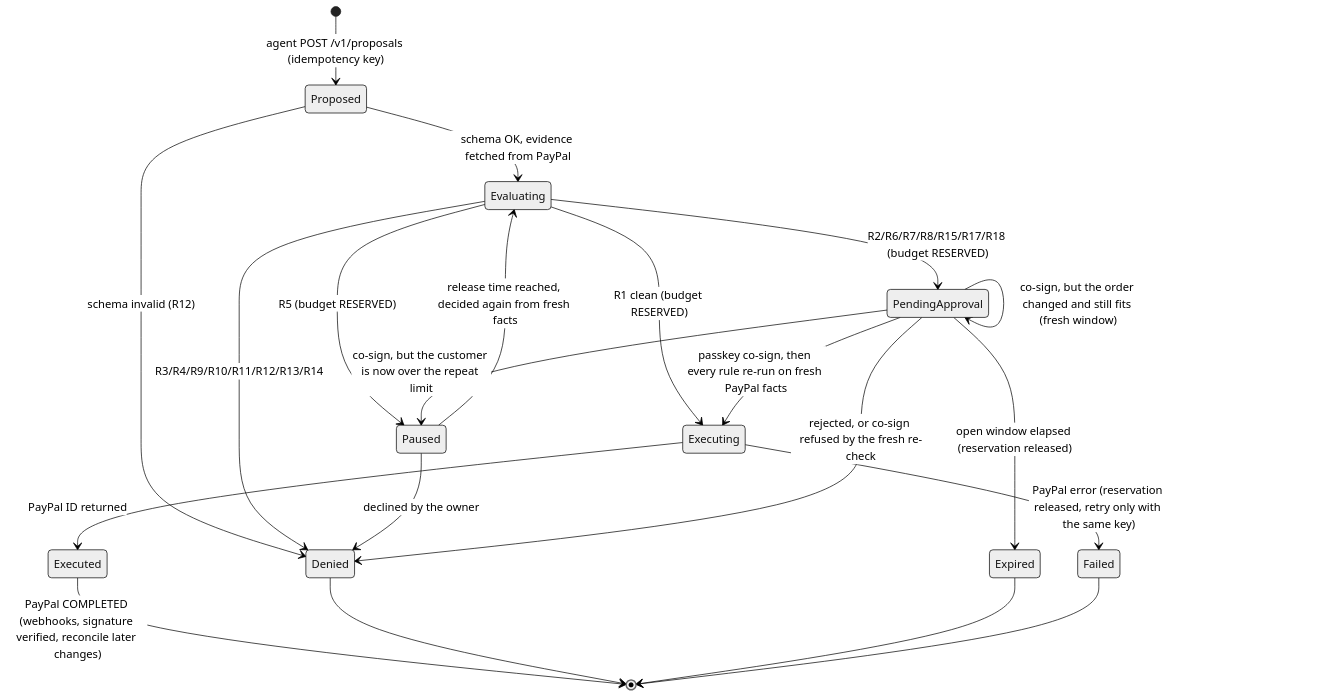
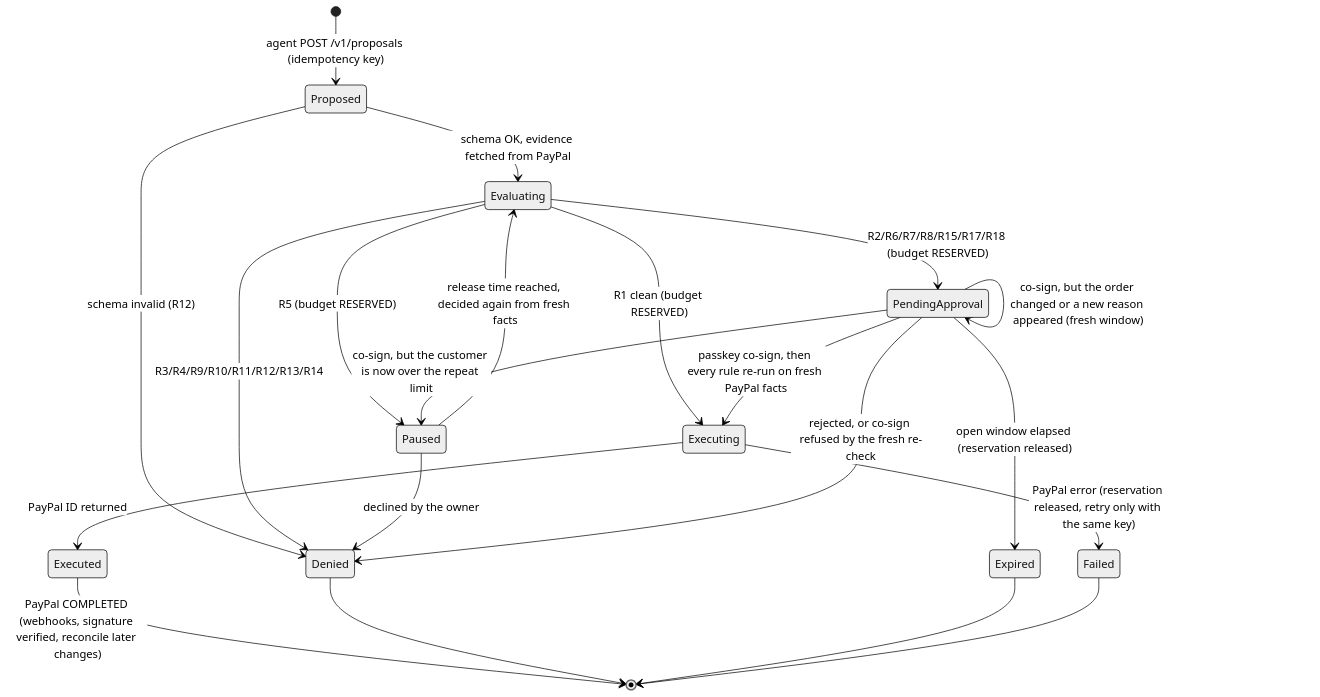
The third of 3 diagrams in docs/ARCHITECTURE.md (VIKAS9793/AgentCoSign), drawn with Mermaid (neutral theme) before and after one commit. The commit also changed other lines of this file and 2 other files, not shown here.

Commit message:
docs: today's controls and counts in the public docs
New reasons at approval, the webhook budget and certificate check, and the current test counts.

````diff
--- a/docs/ARCHITECTURE.md
+++ b/docs/ARCHITECTURE.md
@@ -85,23 +85,23 @@
 ```mermaid
 stateDiagram-v2
     [*] --> Proposed: agent POST /v1/proposals (idempotency key)
     Proposed --> Evaluating: schema OK, evidence fetched from PayPal
     Proposed --> Denied: schema invalid (R12)
     Evaluating --> Denied: R3/R4/R9/R10/R11/R12/R13/R14
     Evaluating --> PendingApproval: R2/R6/R7/R8/R15/R17/R18 (budget RESERVED)
     Evaluating --> Paused: R5 (budget RESERVED)
     Paused --> Evaluating: release time reached, decided again from fresh facts
     Paused --> Denied: declined by the owner
     Evaluating --> Executing: R1 clean (budget RESERVED)
     PendingApproval --> Executing: passkey co-sign, then every rule re-run on fresh PayPal facts
-    PendingApproval --> PendingApproval: co-sign, but the order changed and still fits (fresh window)
+    PendingApproval --> PendingApproval: co-sign, but the order changed or a new reason appeared (fresh window)
     PendingApproval --> Denied: rejected, or co-sign refused by the fresh re-check
     PendingApproval --> Paused: co-sign, but the customer is now over the repeat limit
     PendingApproval --> Expired: open window elapsed (reservation released)
     Executing --> Executed: PayPal ID returned
     Executing --> Failed: PayPal error (reservation released, retry only with the same key)
     Executed --> [*]: PayPal COMPLETED (webhooks, signature verified, reconcile later changes)
     Denied --> [*]
     Expired --> [*]
     Failed --> [*]
 ```
````
